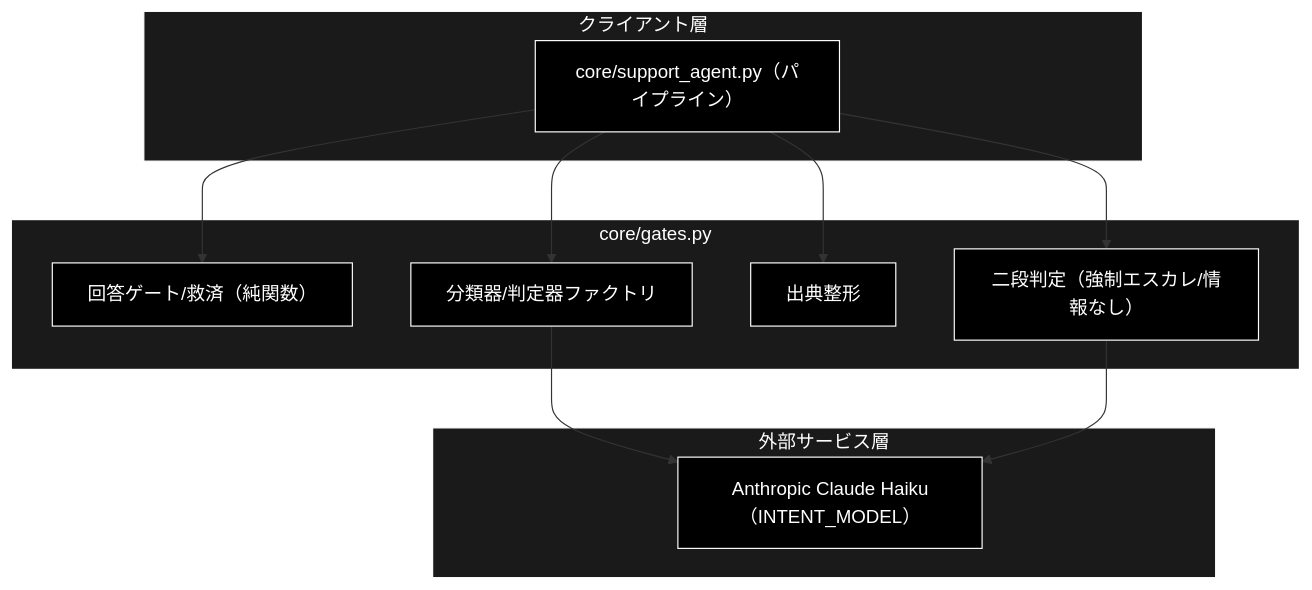
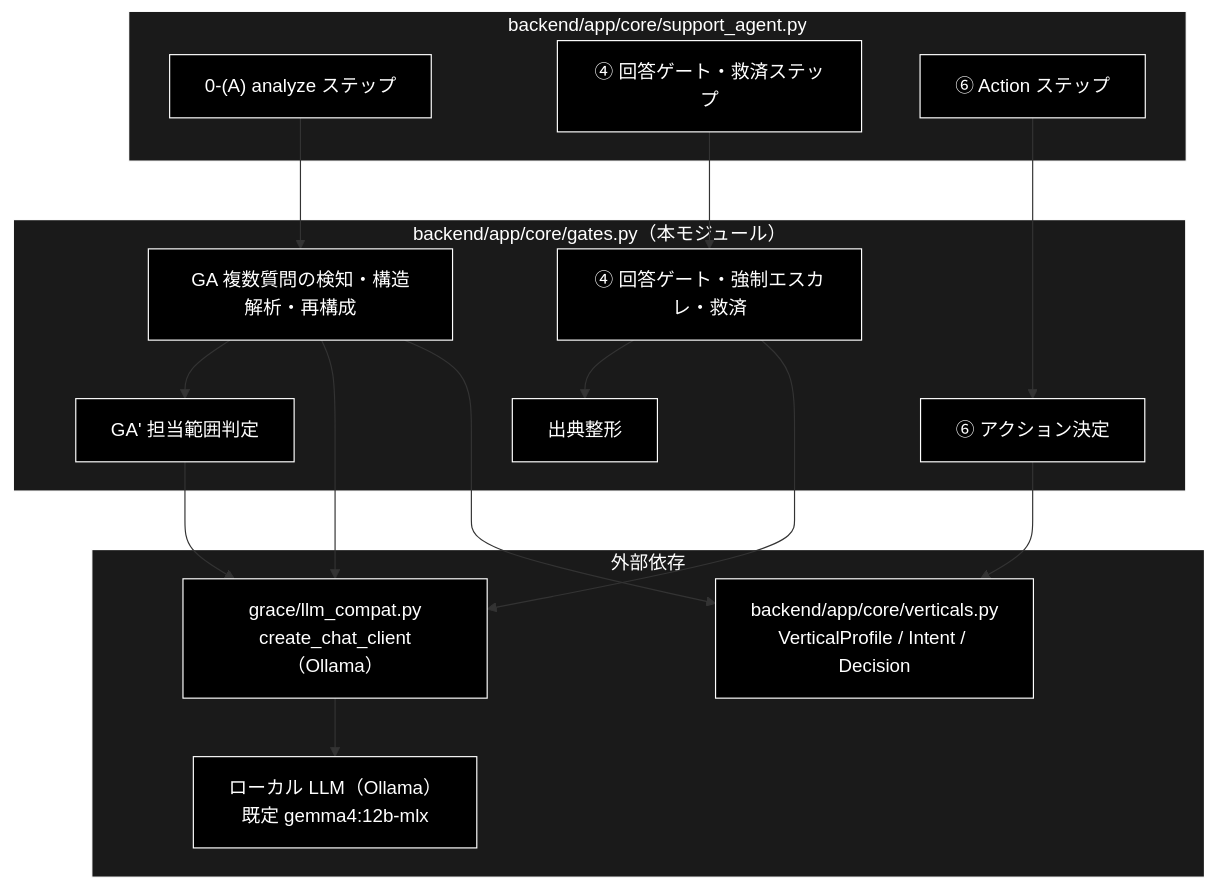
Before and after one commit to nakashima2toshio/grace_v2_local: the first of 4 diagrams in backend/docs/core_gates.md, drawn with Mermaid. The commit also changed other lines of this file and 2 other files, not shown here.

First line of the commit message:
docs(grace/backend): planner・confidence・gates を実装に追いつかせる

````diff
--- a/backend/docs/core_gates.md
+++ b/backend/docs/core_gates.md
@@ -83,30 +100,40 @@
 ```mermaid
 flowchart TB
-    subgraph CLIENT["クライアント層"]
-        CORE["core/support_agent.py（パイプライン）"]
+    subgraph CALLER["backend/app/core/support_agent.py"]
+        SA0["0-(A) analyze ステップ"]
+        SA4["④ 回答ゲート・救済ステップ"]
+        SA6["⑥ Action ステップ"]
     end
 
-    subgraph MODULE["core/gates.py"]
-        GATE["回答ゲート/救済（純関数）"]
-        TWO["二段判定（強制エスカレ/情報なし）"]
-        CITE["出典整形"]
-        FACT["分類器/判定器ファクトリ"]
+    subgraph GATES["backend/app/core/gates.py（本モジュール）"]
+        GA["GA 複数質問の検知・構造解析・再構成"]
+        GAP["GA' 担当範囲判定"]
+        G4["④ 回答ゲート・強制エスカレ・救済"]
+        G6["⑥ アクション決定"]
+        GC["出典整形"]
     end
 
-    subgraph EXTERNAL["外部サービス層"]
-        LLM["Anthropic Claude Haiku（INTENT_MODEL）"]
+    subgraph EXTERNAL["外部依存"]
+        VERT["backend/app/core/verticals.py<br>VerticalProfile / Intent / Decision"]
+        LLM["grace/llm_compat.py<br>create_chat_client（Ollama）"]
+        OLLAMA["ローカル LLM（Ollama）<br>既定 gemma4:12b-mlx"]
     end
 
-    CORE --> GATE
-    CORE --> TWO
-    CORE --> CITE
-    CORE --> FACT
-    FACT --> LLM
-    TWO --> LLM
+    SA0 --> GA
+    GA --> GAP
+    SA4 --> G4
+    SA6 --> G6
+    G4 --> GC
+    GA --> LLM
+    GAP --> LLM
+    G4 --> LLM
+    G6 --> VERT
+    GA --> VERT
+    LLM --> OLLAMA
 classDef default fill:#000,stroke:#fff,color:#fff
 classDef subgraphStyle fill:#1a1a1a,stroke:#fff,color:#fff
-class CORE,GATE,TWO,CITE,FACT,LLM default
-style CLIENT fill:#1a1a1a,stroke:#fff,color:#fff
-style MODULE fill:#1a1a1a,stroke:#fff,color:#fff
+class SA0,SA4,SA6,GA,GAP,G4,G6,GC,VERT,LLM,OLLAMA default
+style CALLER fill:#1a1a1a,stroke:#fff,color:#fff
+style GATES fill:#1a1a1a,stroke:#fff,color:#fff
 style EXTERNAL fill:#1a1a1a,stroke:#fff,color:#fff
 ```
````
